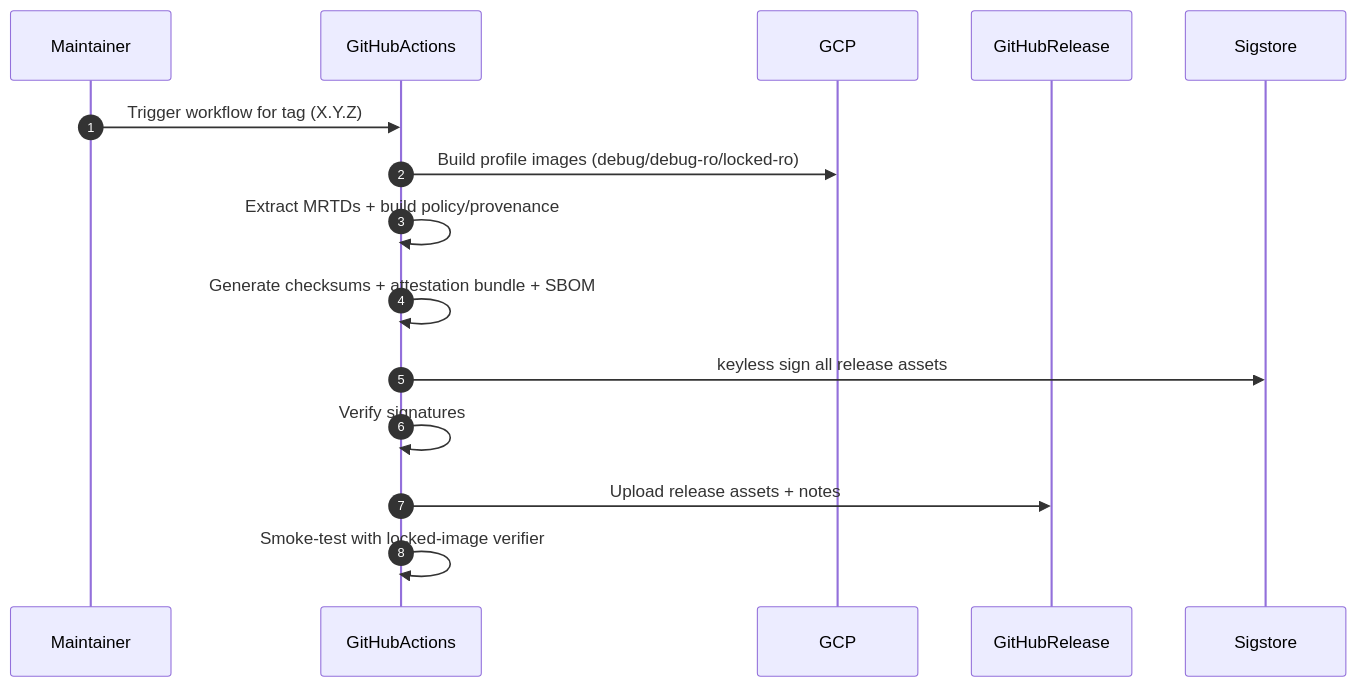
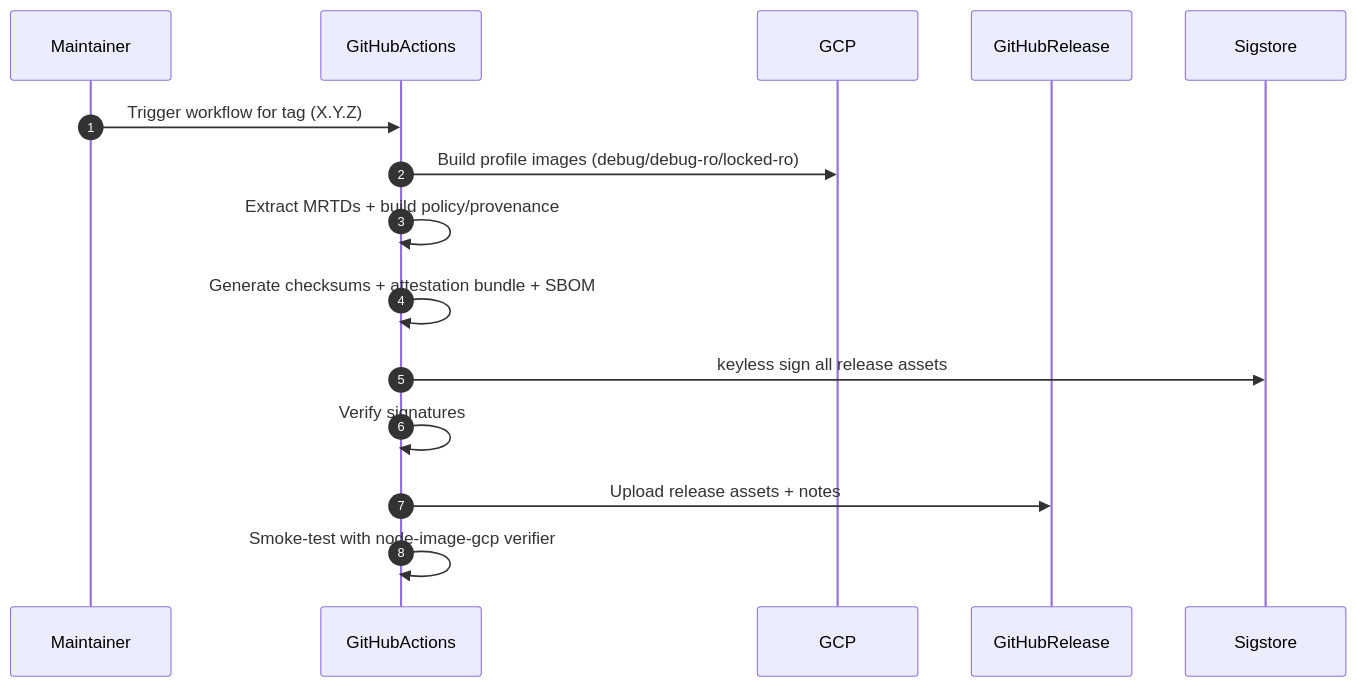
Before and after one commit to calimero-network/mero-tee: the second of 3 diagrams in docs/RELEASE_PIPELINE_SEQUENCE_DIAGRAMS.md, drawn with Mermaid. The commit also changed other lines of this file and 39 other files, not shown here.

Commit message:
refactor(phase-b): normalize release asset prefixes and node-image tags

````diff
--- a/docs/RELEASE_PIPELINE_SEQUENCE_DIAGRAMS.md
+++ b/docs/RELEASE_PIPELINE_SEQUENCE_DIAGRAMS.md
@@ -31,18 +31,18 @@
 ```mermaid
 sequenceDiagram
   autonumber
   participant Maintainer
   participant GitHubActions
   participant GCP
   participant GitHubRelease
   participant Sigstore
 
   Maintainer->>GitHubActions: Trigger workflow for tag (X.Y.Z)
   GitHubActions->>GCP: Build profile images (debug/debug-ro/locked-ro)
   GitHubActions->>GitHubActions: Extract MRTDs + build policy/provenance
   GitHubActions->>GitHubActions: Generate checksums + attestation bundle + SBOM
   GitHubActions->>Sigstore: keyless sign all release assets
   GitHubActions->>GitHubActions: Verify signatures
   GitHubActions->>GitHubRelease: Upload release assets + notes
-  GitHubActions->>GitHubActions: Smoke-test with locked-image verifier
+  GitHubActions->>GitHubActions: Smoke-test with node-image-gcp verifier
 ```
````
